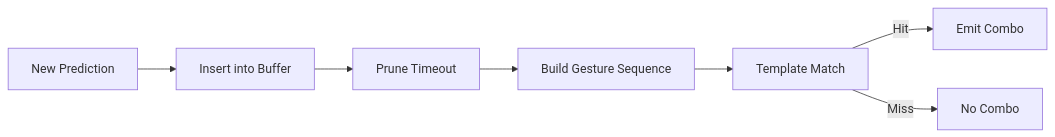
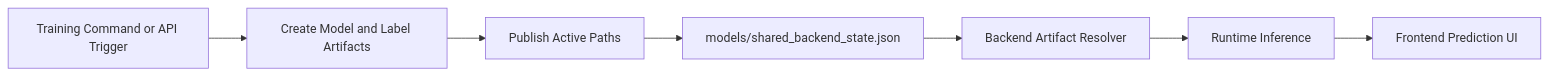
The sixth of 7 diagrams in README.md (RishiStudies/hand_sign_detection_dynamic), drawn with Mermaid before and after one commit. The commit also changed other lines of this file, not shown here.

First line of the commit message:
Revise README: add quickstart, diagrams, usage

````diff
--- a/README.md
+++ b/README.md
@@ -138,9 +183,9 @@
 ```mermaid
 flowchart LR
-  A[New Prediction] --> B[Insert into Buffer]
-  B --> C[Prune Timeout]
-  C --> D[Build Gesture Sequence]
-  D --> E[Template Match]
-  E -->|Hit| F[Emit Combo]
-  E -->|Miss| G[No Combo]
+  A[Training Command or API Trigger] --> B[Create Model and Label Artifacts]
+  B --> C[Publish Active Paths]
+  C --> D[models/shared_backend_state.json]
+  D --> E[Backend Artifact Resolver]
+  E --> F[Runtime Inference]
+  F --> G[Frontend Prediction UI]
 ```
````
